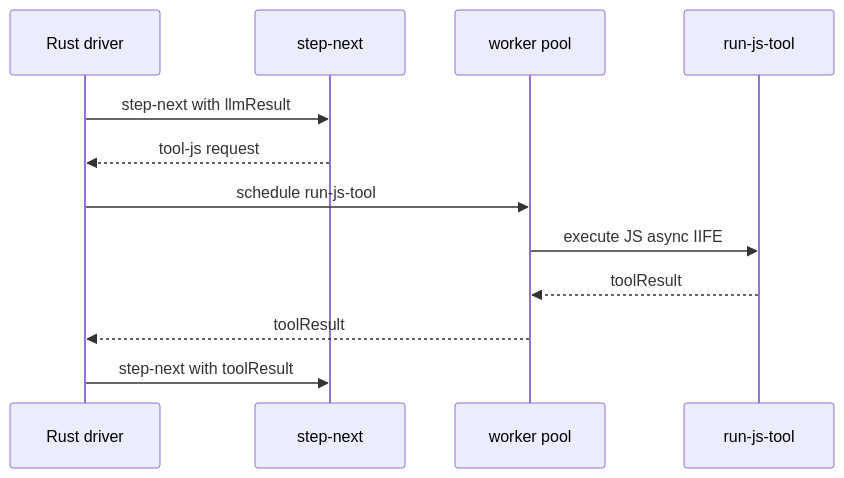
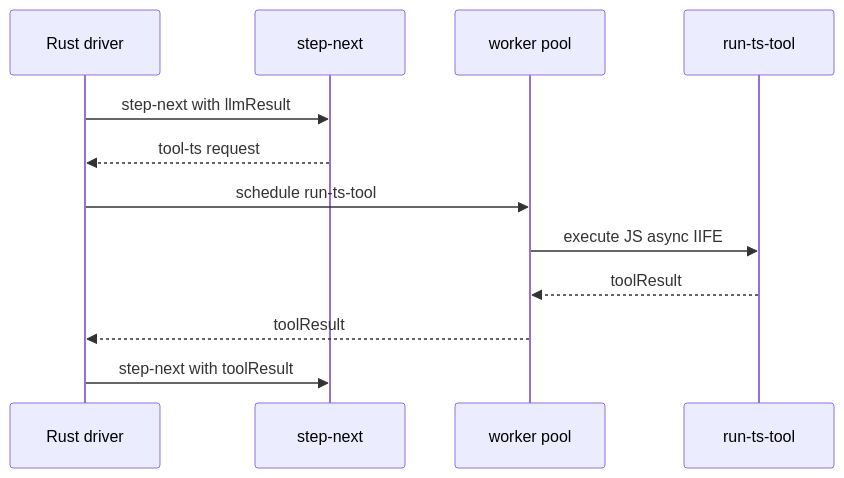
The tenth of 22 diagrams in docs/harness-walkthrough.md (pcarrier/moo), drawn with Mermaid before and after one commit. The commit also changed other lines of this file and 104 other files, not shown here.

````diff
--- a/docs/harness-walkthrough.md
+++ b/docs/harness-walkthrough.md
@@ -313,15 +313,15 @@
 ```mermaid
 sequenceDiagram
   participant Driver as Rust driver
   participant Harness as step-next
   participant Pool as worker pool
-  participant Tool as run-js-tool
+  participant Tool as run-ts-tool
 
   Driver->>Harness: step-next with llmResult
-  Harness-->>Driver: tool-js request
-  Driver->>Pool: schedule run-js-tool
+  Harness-->>Driver: tool-ts request
+  Driver->>Pool: schedule run-ts-tool
   Pool->>Tool: execute JS async IIFE
   Tool-->>Pool: toolResult
   Pool-->>Driver: toolResult
   Driver->>Harness: step-next with toolResult
 ```
````
